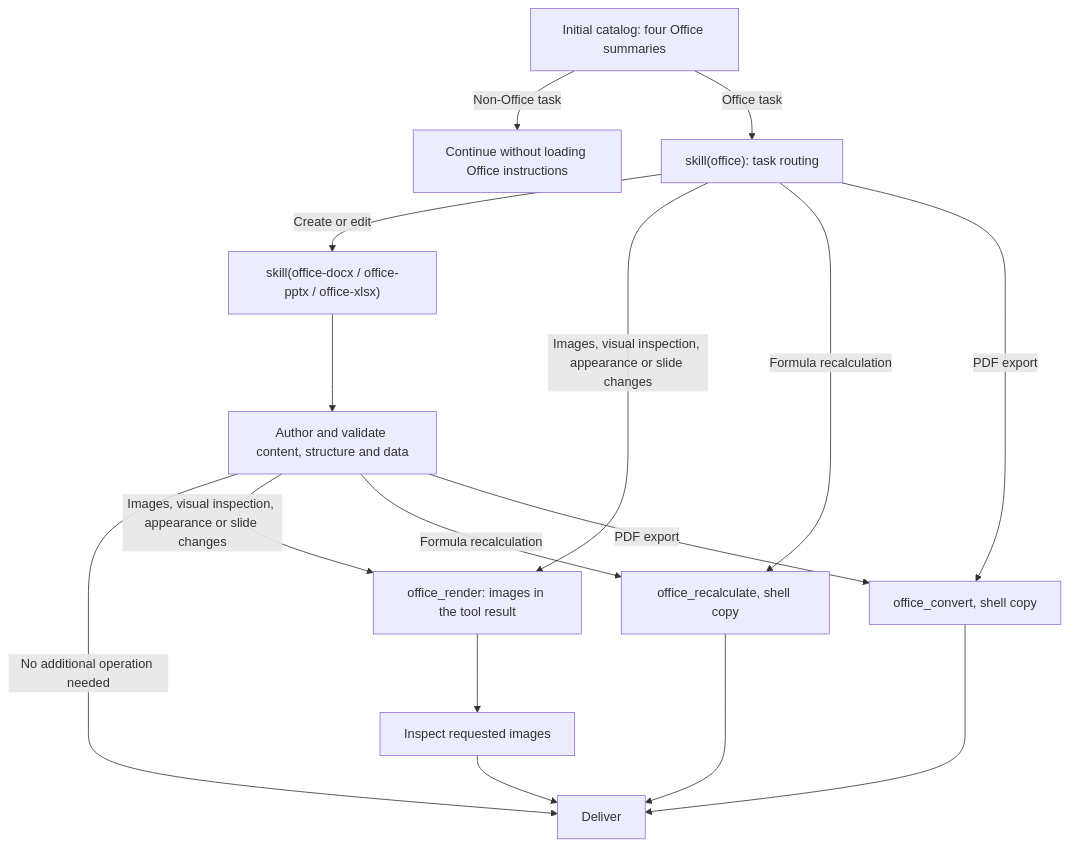
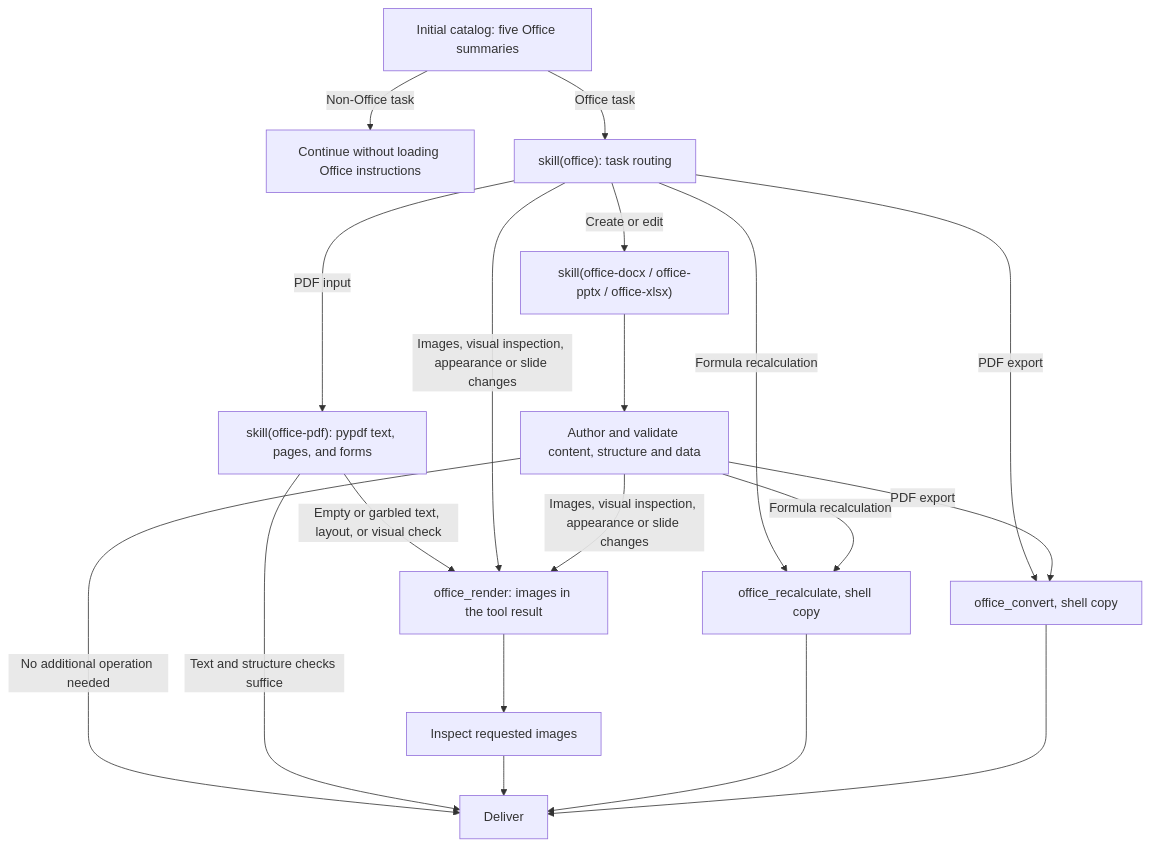
The diagram in packages/skill/skill-office/README.md (deepseek-ai/deepseek-harness), drawn with Mermaid before and after one commit. The commit also changed other lines of this file and 148 other files, not shown here.

Commit message:
feat(skill-office): 新增 office-pdf 技能并在内置 Python 加入 pypdf

````diff
--- a/packages/skill/skill-office/README.md
+++ b/packages/skill/skill-office/README.md
@@ -50,23 +50,27 @@
 ```mermaid
 flowchart TD
-    A["Initial catalog: four Office summaries"]
+    A["Initial catalog: five Office summaries"]
     A -->|Non-Office task| N["Continue without loading Office instructions"]
     A -->|Office task| B["skill(office): task routing"]
 
     B -->|Create or edit| C["skill(office-docx / office-pptx / office-xlsx)"]
     C --> D["Author and validate content, structure and data"]
     D -->|No additional operation needed| F["Deliver"]
+
+    B -->|PDF input| G["skill(office-pdf): pypdf text, pages, and forms"]
+    G -->|Text and structure checks suffice| F
+    G -->|Empty or garbled text, layout, or visual check| R
 
     B -->|Images, visual inspection, appearance or slide changes| R["office_render: images in the tool result"]
     D -->|Images, visual inspection, appearance or slide changes| R
     R --> V["Inspect requested images"]
     V --> F
 
     B -->|Formula recalculation| X["office_recalculate, shell copy"]
     D -->|Formula recalculation| X
     X --> F
 
     B -->|PDF export| P["office_convert, shell copy"]
     D -->|PDF export| P
     P --> F
 ```
````
